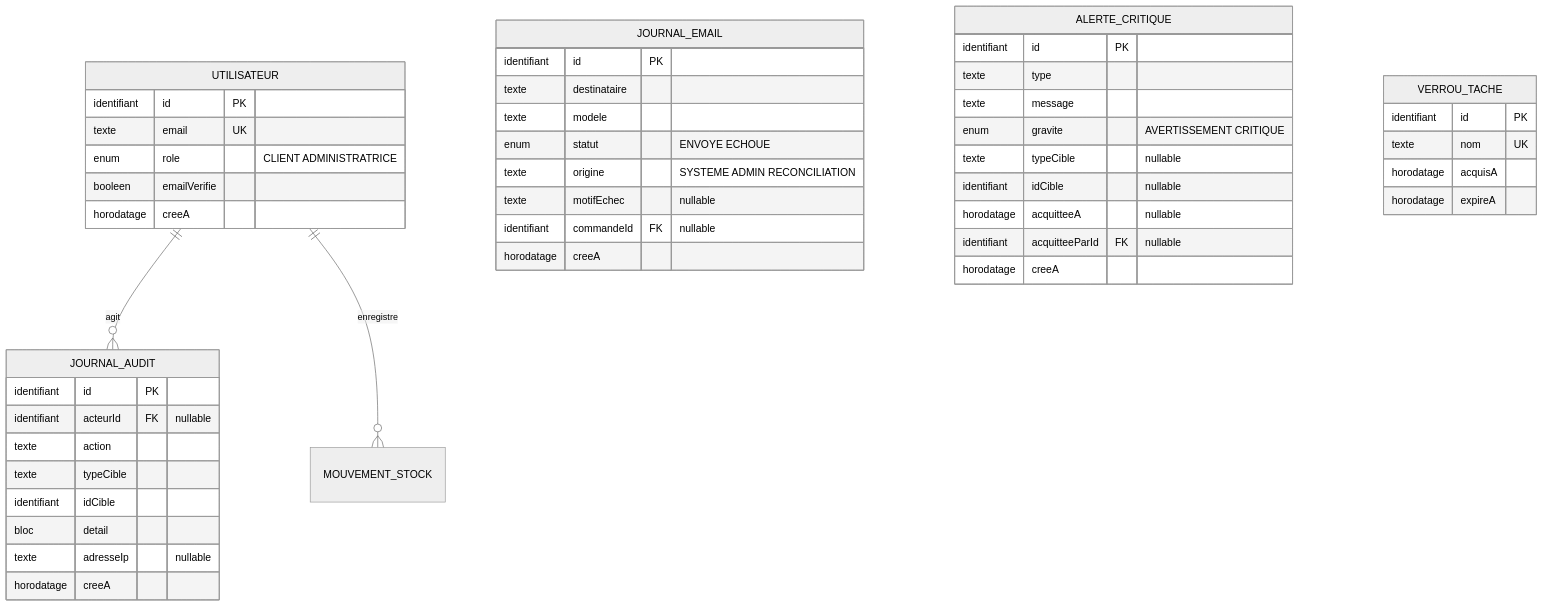
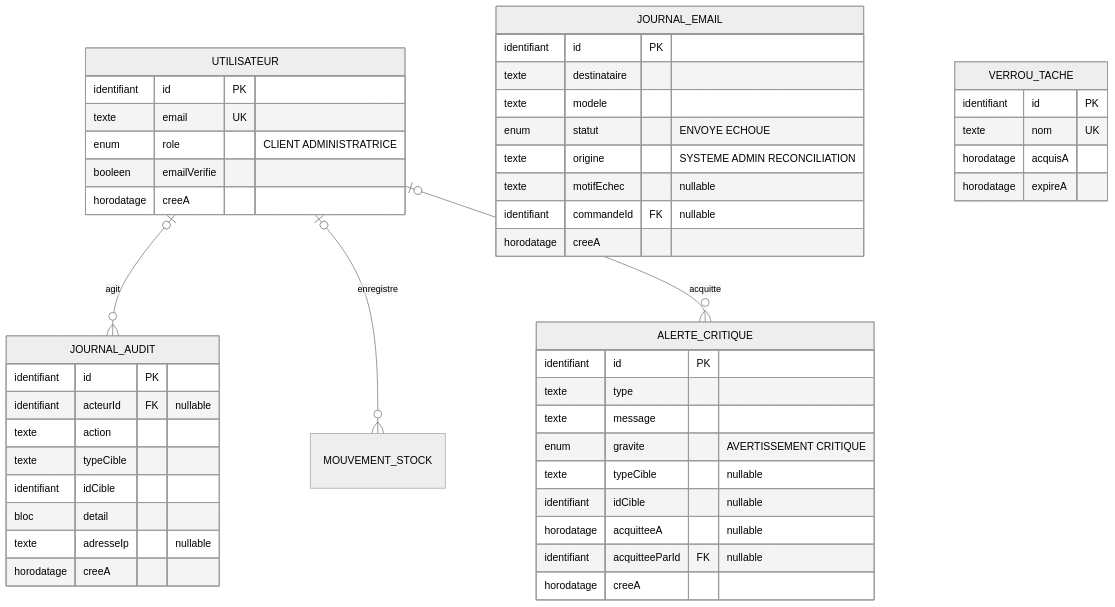
Before and after one commit to krismos64/lune-soleil: the ninth of 9 diagrams in docs/architecture/MODELE-CONCEPTUEL.md, drawn with Mermaid (neutral theme). The commit also changed other lines of this file and 4 other files, not shown here.

````diff
--- a/docs/architecture/MODELE-CONCEPTUEL.md
+++ b/docs/architecture/MODELE-CONCEPTUEL.md
@@ -1104,50 +1176,51 @@
 ```mermaid
 erDiagram
-    UTILISATEUR ||--o{ JOURNAL_AUDIT : "agit"
-    UTILISATEUR ||--o{ MOUVEMENT_STOCK : "enregistre"
+    UTILISATEUR |o--o{ JOURNAL_AUDIT : "agit"
+    UTILISATEUR |o--o{ MOUVEMENT_STOCK : "enregistre"
+    UTILISATEUR |o--o{ ALERTE_CRITIQUE : "acquitte"
 
     UTILISATEUR {
         identifiant id PK
         texte email UK
         enum role "CLIENT ADMINISTRATRICE"
         booleen emailVerifie
         horodatage creeA
     }
     JOURNAL_AUDIT {
         identifiant id PK
         identifiant acteurId FK "nullable"
         texte action
         texte typeCible
         identifiant idCible
         bloc detail
         texte adresseIp "nullable"
         horodatage creeA
     }
     JOURNAL_EMAIL {
         identifiant id PK
         texte destinataire
         texte modele
         enum statut "ENVOYE ECHOUE"
         texte origine "SYSTEME ADMIN RECONCILIATION"
         texte motifEchec "nullable"
         identifiant commandeId FK "nullable"
         horodatage creeA
     }
     ALERTE_CRITIQUE {
         identifiant id PK
         texte type
         texte message
         enum gravite "AVERTISSEMENT CRITIQUE"
         texte typeCible "nullable"
         identifiant idCible "nullable"
         horodatage acquitteeA "nullable"
         identifiant acquitteeParId FK "nullable"
         horodatage creeA
     }
     VERROU_TACHE {
         identifiant id PK
         texte nom UK
         horodatage acquisA
         horodatage expireA
     }
 ```
````
